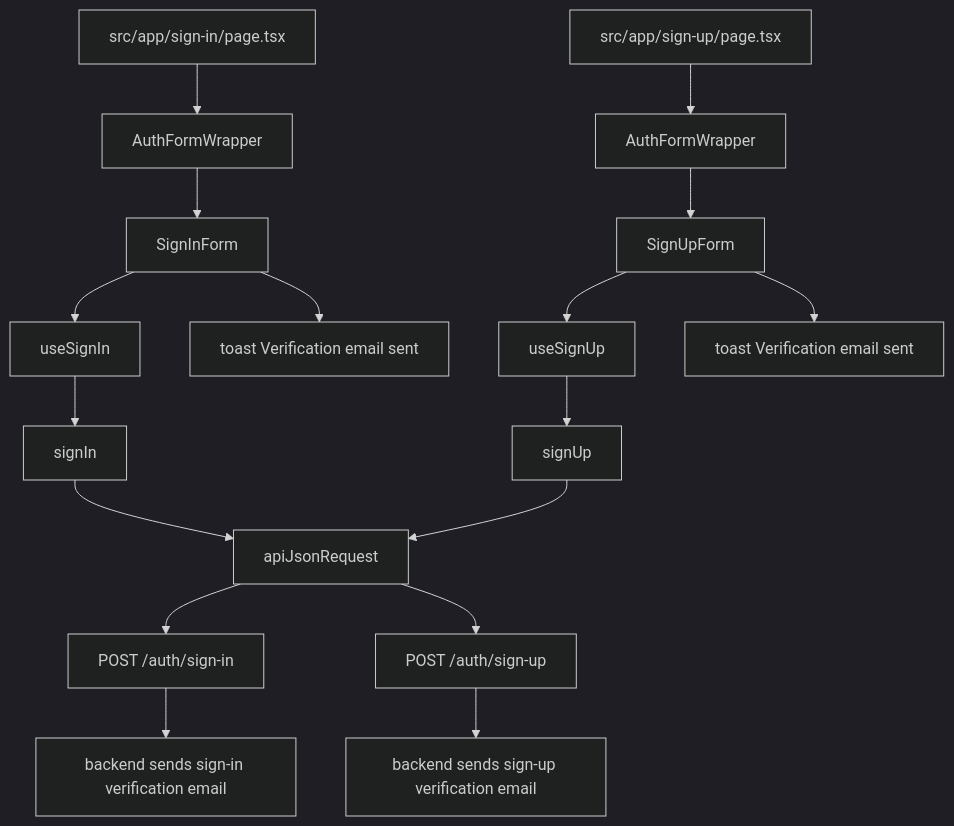
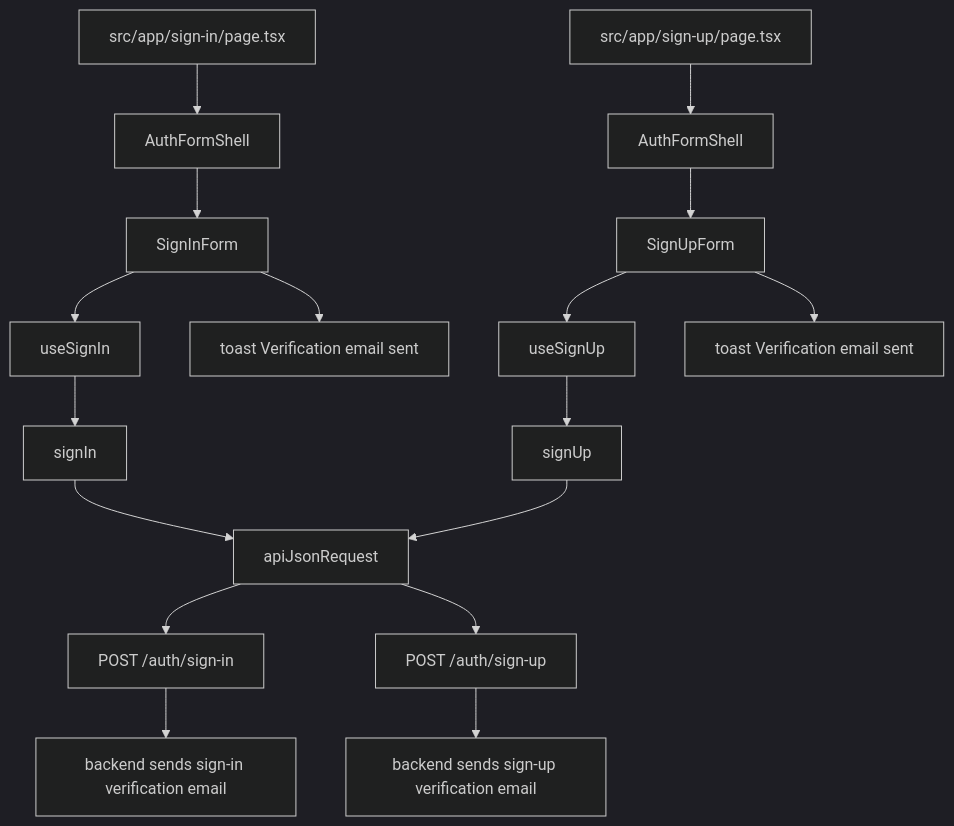
Before and after one commit to KaterynaKocheharova/Practice-app: the first of 6 diagrams in front/src/docs/api-requests.md, drawn with Mermaid (dark theme). The commit also changed 24 other files, not shown here.

````diff
--- a/front/src/docs/api-requests.md
+++ b/front/src/docs/api-requests.md
@@ -48,20 +48,20 @@
 ```mermaid
 flowchart TD
-  SignInPage[src/app/sign-in/page.tsx] --> SignInShell[AuthFormWrapper]
+  SignInPage[src/app/sign-in/page.tsx] --> SignInShell[AuthFormShell]
   SignInShell --> SignInForm[SignInForm]
   SignInForm --> SignInHook[useSignIn]
   SignInHook --> SignInApi[signIn]
   SignInApi --> ApiClient[apiJsonRequest]
   ApiClient --> SignInBackend[POST /auth/sign-in]
   SignInBackend --> SignInEmail[backend sends sign-in verification email]
   SignInForm --> SignInToast[toast Verification email sent]
 
-  SignUpPage[src/app/sign-up/page.tsx] --> SignUpShell[AuthFormWrapper]
+  SignUpPage[src/app/sign-up/page.tsx] --> SignUpShell[AuthFormShell]
   SignUpShell --> SignUpForm[SignUpForm]
 SignUpForm --> SignUpHook[useSignUp]
   SignUpHook --> SignUpApi[signUp]
   SignUpApi --> ApiClient
   ApiClient --> SignUpBackend[POST /auth/sign-up]
   SignUpBackend --> SignUpEmail[backend sends sign-up verification email]
   SignUpForm --> SignUpToast[toast Verification email sent]
 ```
````
